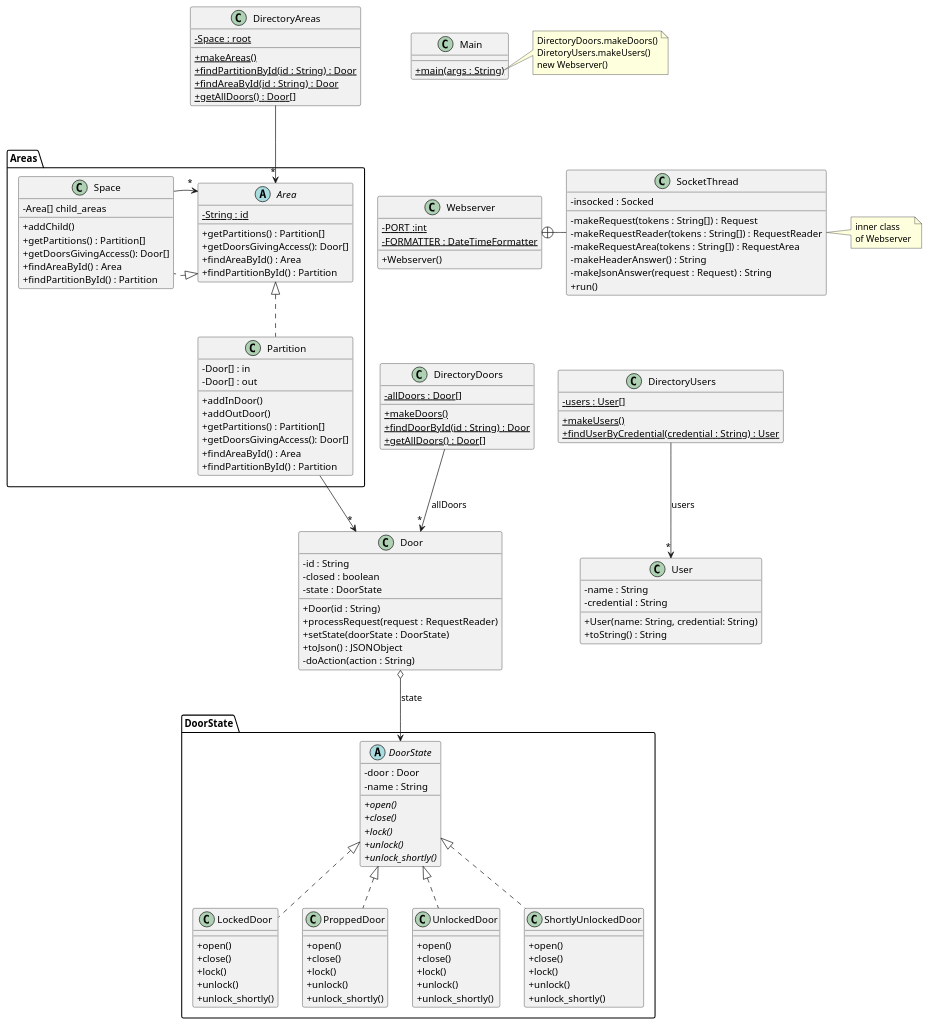
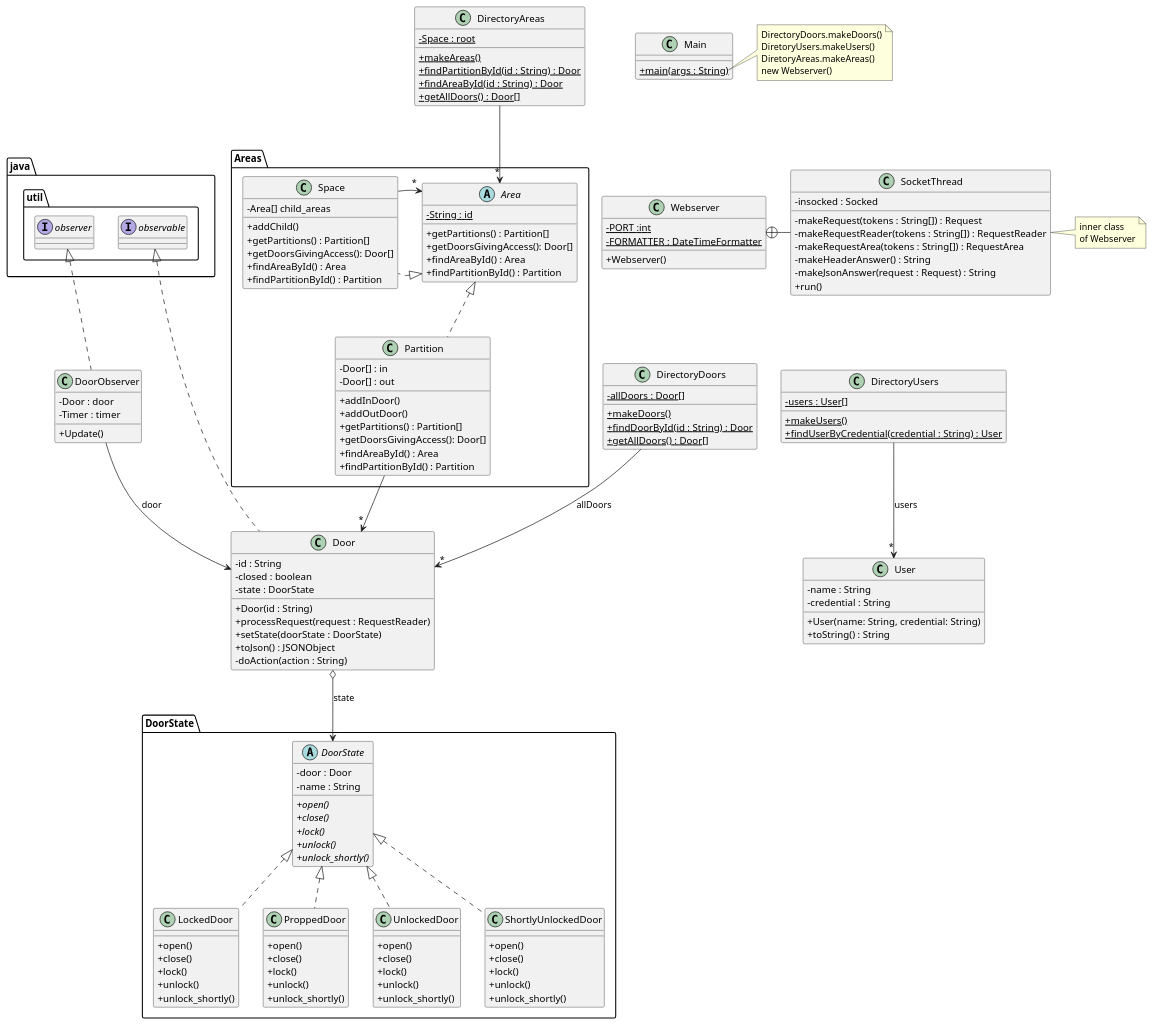
The diagram in src/baseNoStates/uml/base_no_states.puml (Paub2002/DS), drawn with PlantUML before and after one commit.

Commit message:
observer uml diagram

```diff
--- a/src/baseNoStates/uml/base_no_states.puml
+++ b/src/baseNoStates/uml/base_no_states.puml
@@ -1,161 +1,167 @@
 @startuml
 'https://plantuml.com/class-diagram
 skinparam classAttributeIconSize 0
 
 class Webserver {
 - {static} PORT :int
 - {static} FORMATTER : DateTimeFormatter
 + Webserver()
 }
 
 class SocketThread {
 - insocked : Socked
 - makeRequest(tokens : String[]) : Request
 - makeRequestReader(tokens : String[]) : RequestReader
 - makeRequestArea(tokens : String[]) : RequestArea
 - makeHeaderAnswer() : String
 - makeJsonAnswer(request : Request) : String
 + run()
 }
 
 Webserver +-right- SocketThread
 
 note right of SocketThread
 inner class
 of Webserver
 end note
 
 class DirectoryDoors {
 - {static} allDoors : Door[]
 + {static} makeDoors()
 + {static} findDoorById(id : String) : Door
 + {static} getAllDoors() : Door[]
 }
 class DirectoryAreas {
 - {static} Space : root
 + {static} makeAreas()
 + {static} findPartitionById(id : String) : Door
 + {static} findAreaById(id : String) : Door
 + {static} getAllDoors() : Door[]
 }
 DirectoryAreas--> "*" Areas.Area : ""
 package Areas{
 abstract class Area {
 -{static} String : id
 + getPartitions() : Partition[]
 + getDoorsGivingAccess(): Door[]
 + findAreaById() : Area
 + findPartitionById() : Partition
 }
 class Partition implements Area {
     - Door[] : in
     - Door[] : out
     + addInDoor()
     + addOutDoor()
     + getPartitions() : Partition[]
     + getDoorsGivingAccess(): Door[]
     + findAreaById() : Area
     + findPartitionById() : Partition
 }
 class Space implements Area {
     - Area[] child_areas
     + addChild()
     + getPartitions() : Partition[]
     + getDoorsGivingAccess(): Door[]
     + findAreaById() : Area
     + findPartitionById() : Partition
 }
 Space -right-> "*" Area
 }
 
 
 class DirectoryUsers {
 - {static} users : User[]
 + {static} makeUsers()
 + {static} findUserByCredential(credential : String) : User
 }
 
 DirectoryUsers --> "*" User : "users"
-
-class Door {
+class DoorObserver implements java.util.observer {
+- Door : door
+- Timer : timer
++ Update()
+}
+DoorObserver --> Door : "door"
+class Door implements java.util.observable {
 - id : String
 - closed : boolean
 - state : DoorState
 + Door(id : String)
 + processRequest(request : RequestReader)
 + setState(doorState : DoorState)
 + toJson() : JSONObject
 '+ toString() : String
 '+ isClosed() :boolean
 '+ setClosed(b : boolean)
 '+ getStateName() : String
 - doAction(action : String)
 }
 DirectoryDoors --> "*" Door : "allDoors"
 Areas.Partition --> "*" Door
 
 Door o--> DoorState.DoorState : "state"
 
 class User {
 - name : String
 - credential : String
 + User(name: String, credential: String)
 + toString() : String
 }
 
 
 class Main {
 + {static} main(args : String)
 }
 
 package DoorState {
     abstract DoorState {
     - door : Door
     - name : String
     + {abstract} open()
     + {abstract} close()
     + {abstract} lock()
     + {abstract} unlock()
     + {abstract} unlock_shortly()
     }
     class LockedDoor implements DoorState{
     + open()
     + close()
     + lock()
     + unlock()
     + unlock_shortly()
     }
     class ProppedDoor implements DoorState{
     + open()
     + close()
     + lock()
     + unlock()
     + unlock_shortly()
     }
     class UnlockedDoor implements DoorState{
     + open()
     + close()
     + lock()
     + unlock()
     + unlock_shortly()
     }
     class ShortlyUnlockedDoor implements DoorState{
     + open()
     + close()
     + lock()
     + unlock()
     + unlock_shortly()
     }
 }
 note right of Main::main
 DirectoryDoors.makeDoors()
 DiretoryUsers.makeUsers()
+DiretoryAreas.makeAreas()
 new Webserver()
 end note
 
 Main -[hidden]down- Webserver
 Webserver -[hidden]down- DirectoryDoors
 DirectoryDoors -[hidden]right- DirectoryUsers
 
 
 @enduml
```
